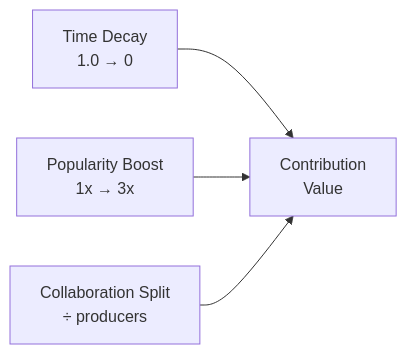
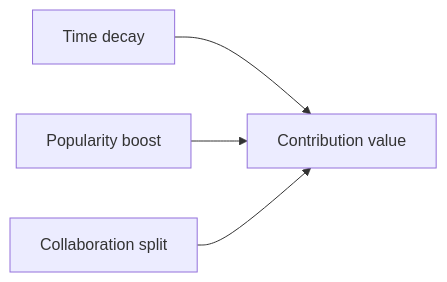
The diagram in help/earnings/contribution-system/formula.mdx (alliancewav/mintlify-docs), drawn with Mermaid before and after one commit. The commit also changed other lines of this file and 240 other files, not shown here.

````diff
--- a/help/earnings/contribution-system/formula.mdx
+++ b/help/earnings/contribution-system/formula.mdx
@@ -23,6 +26,6 @@
 ```mermaid
 flowchart LR
-    A[Time Decay\n1.0 → 0] --> D[Contribution\nValue]
-    B[Popularity Boost\n1x → 3x] --> D
-    C[Collaboration Split\n÷ producers] --> D
+    A[Time decay] --> D[Contribution value]
+    B[Popularity boost] --> D
+    C[Collaboration split] --> D
 ```
````
